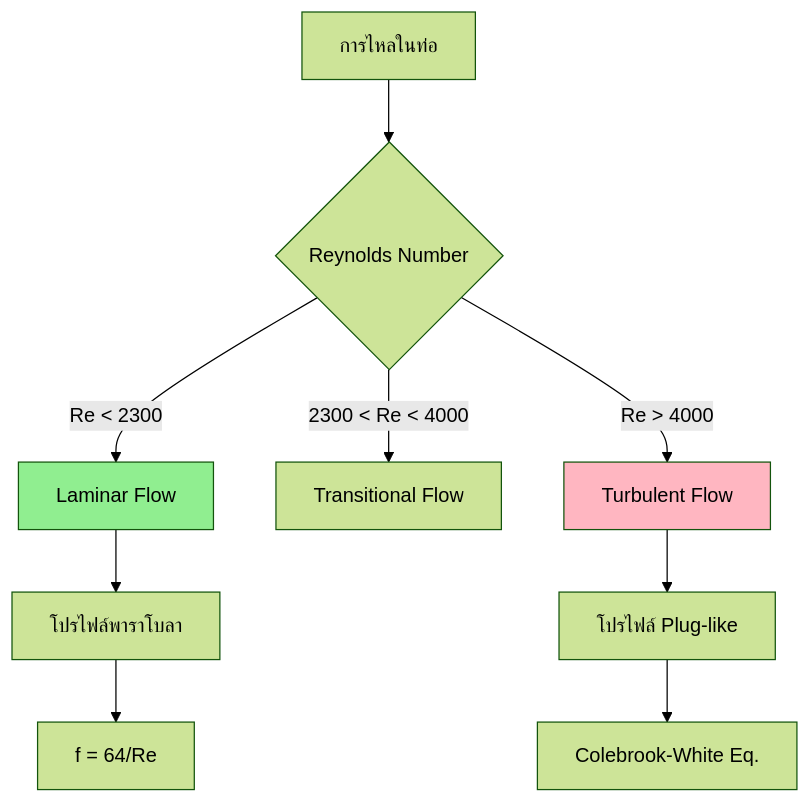
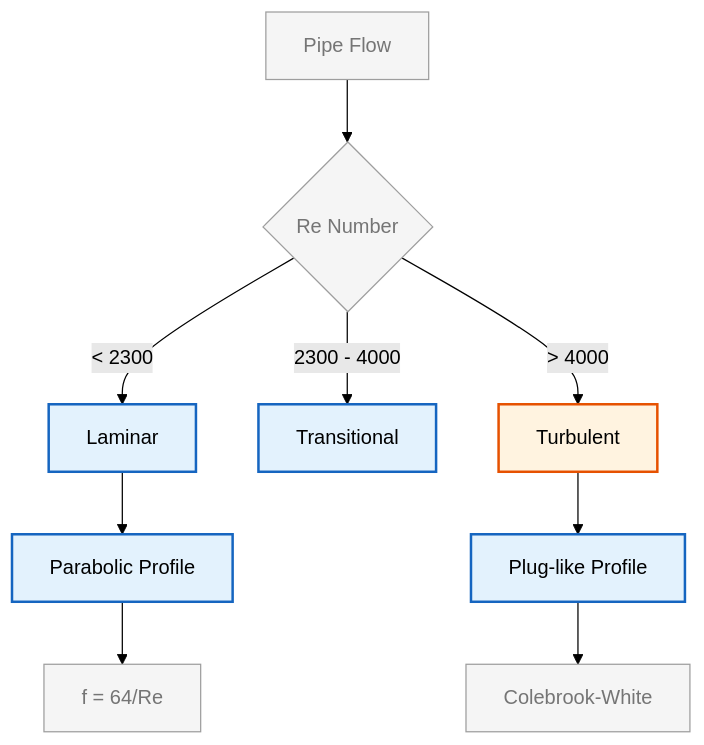
One commit to wramet/build-my-cfd changed the first of 2 diagrams in MODULE_03_SINGLE_PHASE_FLOW/CONTENT/05_PRACTICAL_APPLICATIONS/02_Internal_Flow_and_Piping.md. Above: the diagram before and after it, drawn with Mermaid (forest theme). The commit also changed other lines of this file and 313 other files, not shown here.

Commit message:
Revise all diagram

````diff
--- a/MODULE_03_SINGLE_PHASE_FLOW/CONTENT/05_PRACTICAL_APPLICATIONS/02_Internal_Flow_and_Piping.md
+++ b/MODULE_03_SINGLE_PHASE_FLOW/CONTENT/05_PRACTICAL_APPLICATIONS/02_Internal_Flow_and_Piping.md
@@ -76,16 +76,18 @@
 ```mermaid
 flowchart TD
-    A[การไหลในท่อ] --> B{Reynolds Number}
-    B -->|Re < 2300| C[Laminar Flow]
-    B -->|2300 < Re < 4000| D[Transitional Flow]
-    B -->|Re > 4000| E[Turbulent Flow]
+%% Classes
+classDef explicit fill:#fff3e0,stroke:#e65100,stroke-width:2px;
+classDef implicit fill:#e3f2fd,stroke:#1565c0,stroke-width:2px;
+classDef context fill:#f5f5f5,stroke:#9e9e9e,stroke-width:1px,color:#757575;
+%% Nodes
+A[Pipe Flow]:::context --> B{Re Number}:::context
+B -->|< 2300| C[Laminar]:::implicit
+B -->|2300 - 4000| D[Transitional]:::implicit
+B -->|> 4000| E[Turbulent]:::explicit
 
-    C --> F[โปรไฟล์พาราโบลา]
-    E --> G[โปรไฟล์ Plug-like]
+C --> F[Parabolic Profile]:::implicit
+E --> G[Plug-like Profile]:::implicit
 
-    F --> H[f = 64/Re]
-    G --> I[Colebrook-White Eq.]
-
-    style C fill:#90EE90
-    style E fill:#FFB6C1
+F --> H[f = 64/Re]:::context
+G --> I[Colebrook-White]:::context
 ```
````
